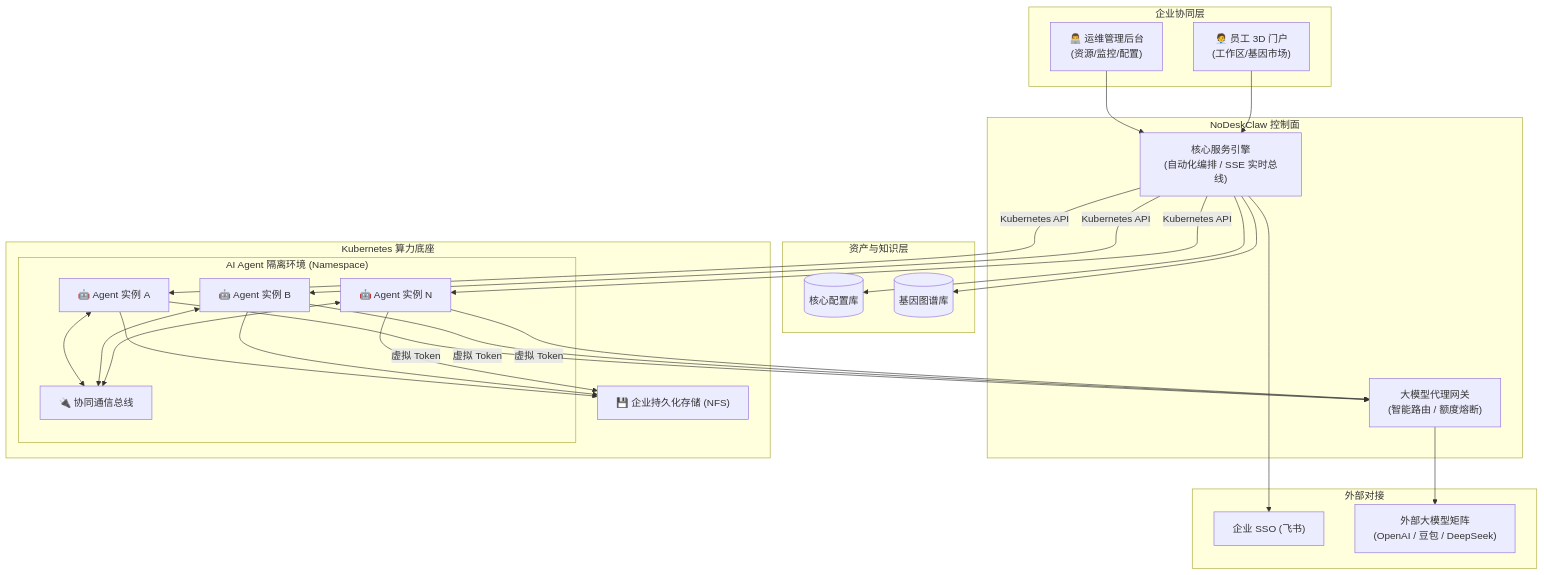
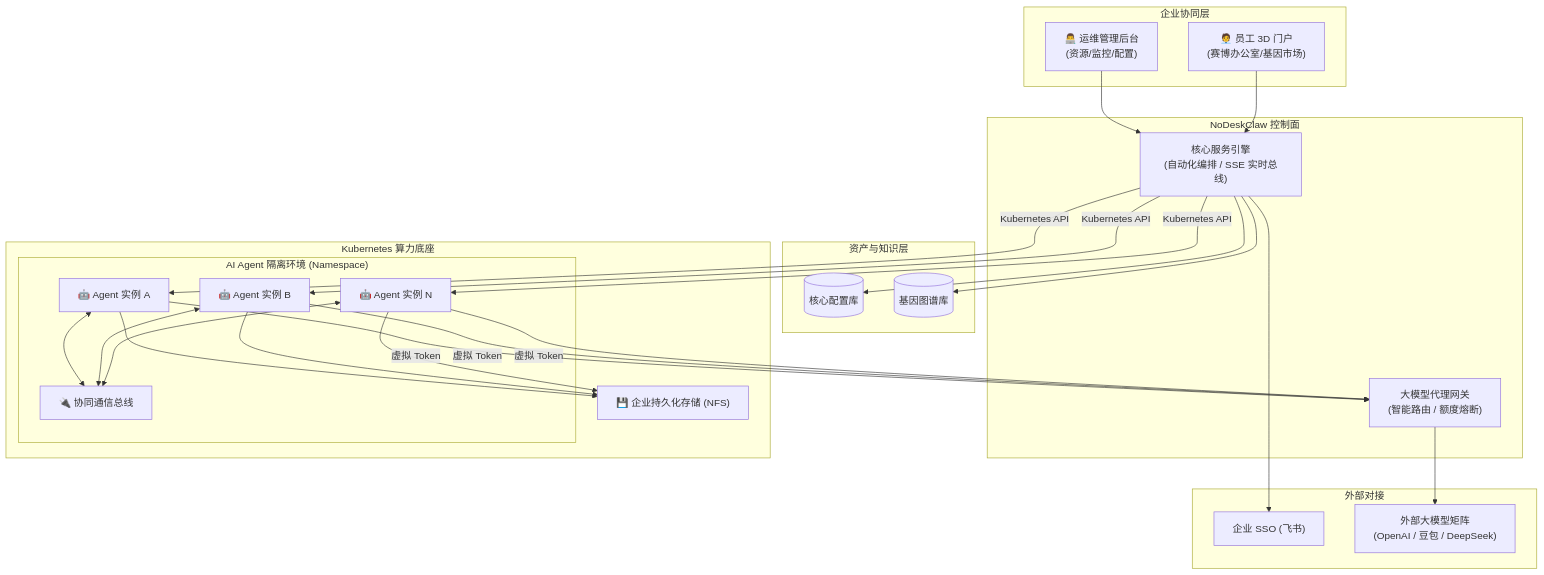
The diagram in docs/项目介绍文档.md (NoDeskAI/nodeskclaw), drawn with Mermaid before and after one commit. The commit also changed other lines of this file and 26 other files, not shown here.

First line of the commit message:
refactor: 用户可见文案「工作区」统一重命名为「赛博办公室」/「办公室」

````diff
--- a/docs/项目介绍文档.md
+++ b/docs/项目介绍文档.md
@@ -66,41 +66,41 @@
 ```mermaid
 graph TB
     subgraph 展现层 [企业协同层]
         Admin["👨‍💻 运维管理后台<br/>(资源/监控/配置)"]
-        Portal["🧑‍💼 员工 3D 门户<br/>(工作区/基因市场)"]
+        Portal["🧑‍💼 员工 3D 门户<br/>(赛博办公室/基因市场)"]
     end
 
     subgraph 控制层 [NoDeskClaw 控制面]
         Backend["核心服务引擎<br/>(自动化编排 / SSE 实时总线)"]
         LLMProxy["大模型代理网关<br/>(智能路由 / 额度熔断)"]
     end
 
     subgraph 数据层 [资产与知识层]
         DB[("核心配置库")]
         GeneDB[("基因图谱库")]
     end
 
     subgraph 运行层 [Kubernetes 算力底座]
         subgraph "AI Agent 隔离环境 (Namespace)"
             OC1["🤖 Agent 实例 A"]
             OC2["🤖 Agent 实例 B"]
             OCn["🤖 Agent 实例 N"]
             Channel["🔌 协同通信总线"]
         end
         Storage["💾 企业持久化存储 (NFS)"]
     end
 
     subgraph 外部生态 [外部对接]
         SSO["企业 SSO (飞书)"]
         LLM["外部大模型矩阵<br/>(OpenAI / 豆包 / DeepSeek)"]
     end
 
     Admin & Portal --> Backend
     Backend --> DB & GeneDB
     Backend -->|Kubernetes API| OC1 & OC2 & OCn
     OC1 & OC2 & OCn <--> Channel
     OC1 & OC2 & OCn --> Storage
     OC1 & OC2 & OCn -->|虚拟 Token| LLMProxy
     LLMProxy --> LLM
     Backend --> SSO
 ```
````
